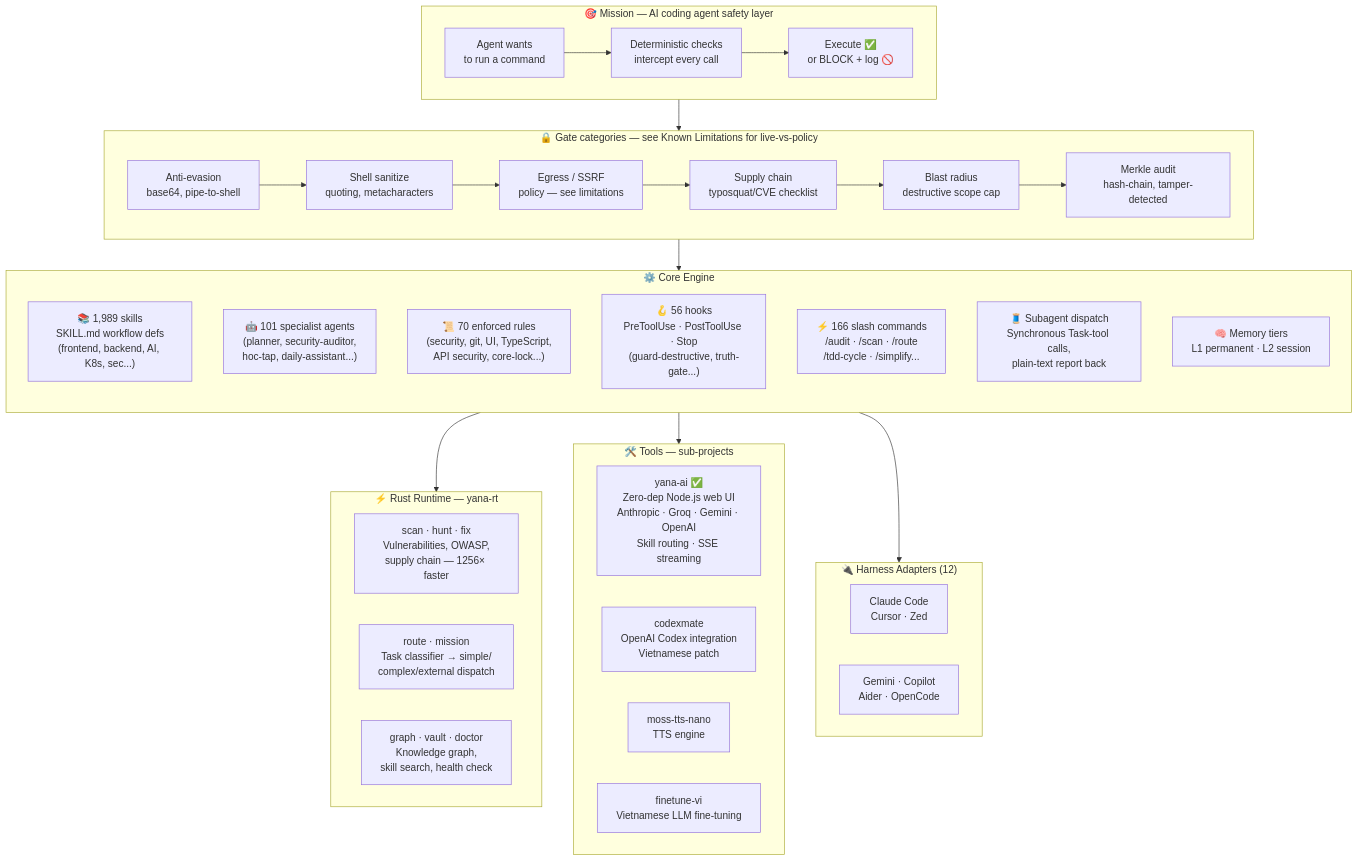
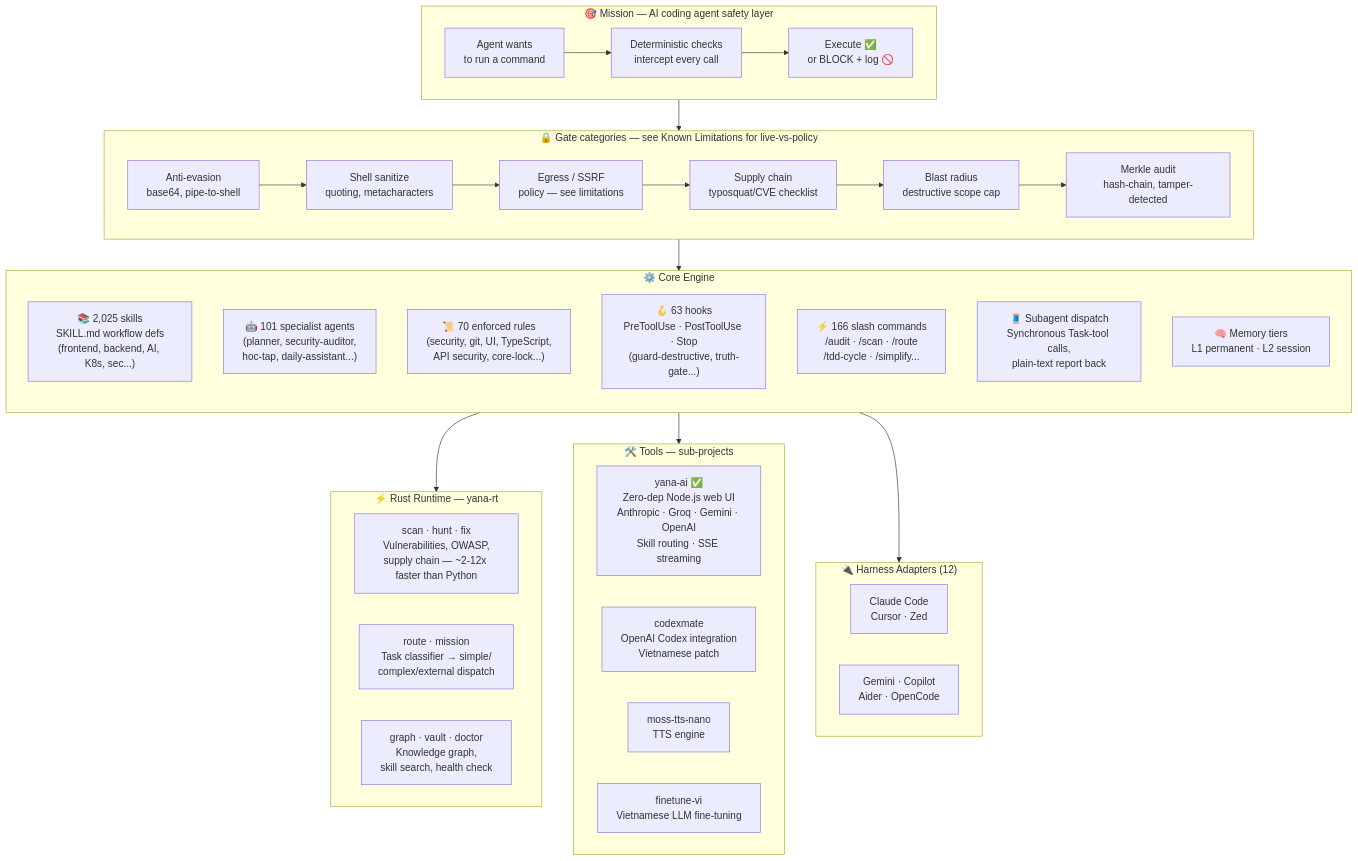
One commit to yanacuti1121/Yana-AI changed the diagram in docs/reference/architecture.md. Above: the diagram before and after it, drawn with Mermaid. The commit also changed other lines of this file and 2 other files, not shown here.

First line of the commit message:
chore: extend generate-stats.py to catch core-lock/subcommand drift, fix architecture.md staleness

````diff
--- a/docs/reference/architecture.md
+++ b/docs/reference/architecture.md
@@ -23,66 +23,66 @@
 ```mermaid
 graph TB
     %% ── Mission ──────────────────────────────────────────────────────
     subgraph MISSION["🎯 Mission — AI coding agent safety layer"]
         direction LR
         AGENT["Agent wants\nto run a command"]
         GATE["Deterministic checks\nintercept every call"]
         OUT["Execute ✅\nor BLOCK + log 🚫"]
         AGENT --> GATE --> OUT
     end
 
     %% ── Gate categories ──────────────────────────────────────────────────
     subgraph GATES["🔒 Gate categories — see Known Limitations for live-vs-policy"]
         direction LR
         G1["Anti-evasion\nbase64, pipe-to-shell"]
         G2["Shell sanitize\nquoting, metacharacters"]
         G3["Egress / SSRF\npolicy — see limitations"]
         G4["Supply chain\ntyposquat/CVE checklist"]
         G5["Blast radius\ndestructive scope cap"]
         G6["Merkle audit\nhash-chain, tamper-detected"]
         G1 --> G2 --> G3 --> G4 --> G5 --> G6
     end
 
     %% ── Core engine ──────────────────────────────────────────────────────
     subgraph CORE["⚙️ Core Engine"]
         direction TB
-        SKILLS["📚 1,989 skills\nSKILL.md workflow defs\n(frontend, backend, AI, K8s, sec...)"]
+        SKILLS["📚 2,025 skills\nSKILL.md workflow defs\n(frontend, backend, AI, K8s, sec...)"]
         AGENTS["🤖 101 specialist agents\n(planner, security-auditor,\nhoc-tap, daily-assistant...)"]
         RULES["📜 70 enforced rules\n(security, git, UI, TypeScript,\nAPI security, core-lock...)"]
-        HOOKS["🪝 56 hooks\nPreToolUse · PostToolUse · Stop\n(guard-destructive, truth-gate...)"]
+        HOOKS["🪝 63 hooks\nPreToolUse · PostToolUse · Stop\n(guard-destructive, truth-gate...)"]
         CMDS["⚡ 166 slash commands\n/audit · /scan · /route\n/tdd-cycle · /simplify..."]
         DISPATCH["🧵 Subagent dispatch\nSynchronous Task-tool calls,\nplain-text report back"]
         MEM["🧠 Memory tiers\nL1 permanent · L2 session"]
     end
 
     %% ── Rust runtime ─────────────────────────────────────────────────────
     subgraph RT["⚡ Rust Runtime — yana-rt"]
         direction LR
-        SCAN["scan · hunt · fix\nVulnerabilities, OWASP,\nsupply chain — 1256× faster"]
+        SCAN["scan · hunt · fix\nVulnerabilities, OWASP,\nsupply chain — ~2-12x faster than Python"]
         ROUTE["route · mission\nTask classifier → simple/\ncomplex/external dispatch"]
         VAULT["graph · vault · doctor\nKnowledge graph,\nskill search, health check"]
     end
 
     %% ── Tools ────────────────────────────────────────────────────────────
     subgraph TOOLS["🛠️ Tools — sub-projects"]
         direction LR
         YANA["yana-ai ✅\nZero-dep Node.js web UI\nAnthropic · Groq · Gemini · OpenAI\nSkill routing · SSE streaming"]
         CODEXMATE["codexmate\nOpenAI Codex integration\nVietnamese patch"]
         MOSS["moss-tts-nano\nTTS engine"]
         FINETUNE["finetune-vi\nVietnamese LLM fine-tuning"]
     end
 
     %% ── Harness adapters ─────────────────────────────────────────────────
     subgraph HARNESS["🔌 Harness Adapters (12)"]
         direction LR
         H1["Claude Code\nCursor · Zed"]
         H2["Gemini · Copilot\nAider · OpenCode"]
     end
 
     %% ── Connections ──────────────────────────────────────────────────────
     MISSION --> GATES
     GATES --> CORE
     CORE --> RT
     CORE --> TOOLS
     CORE --> HARNESS
 ```
````
